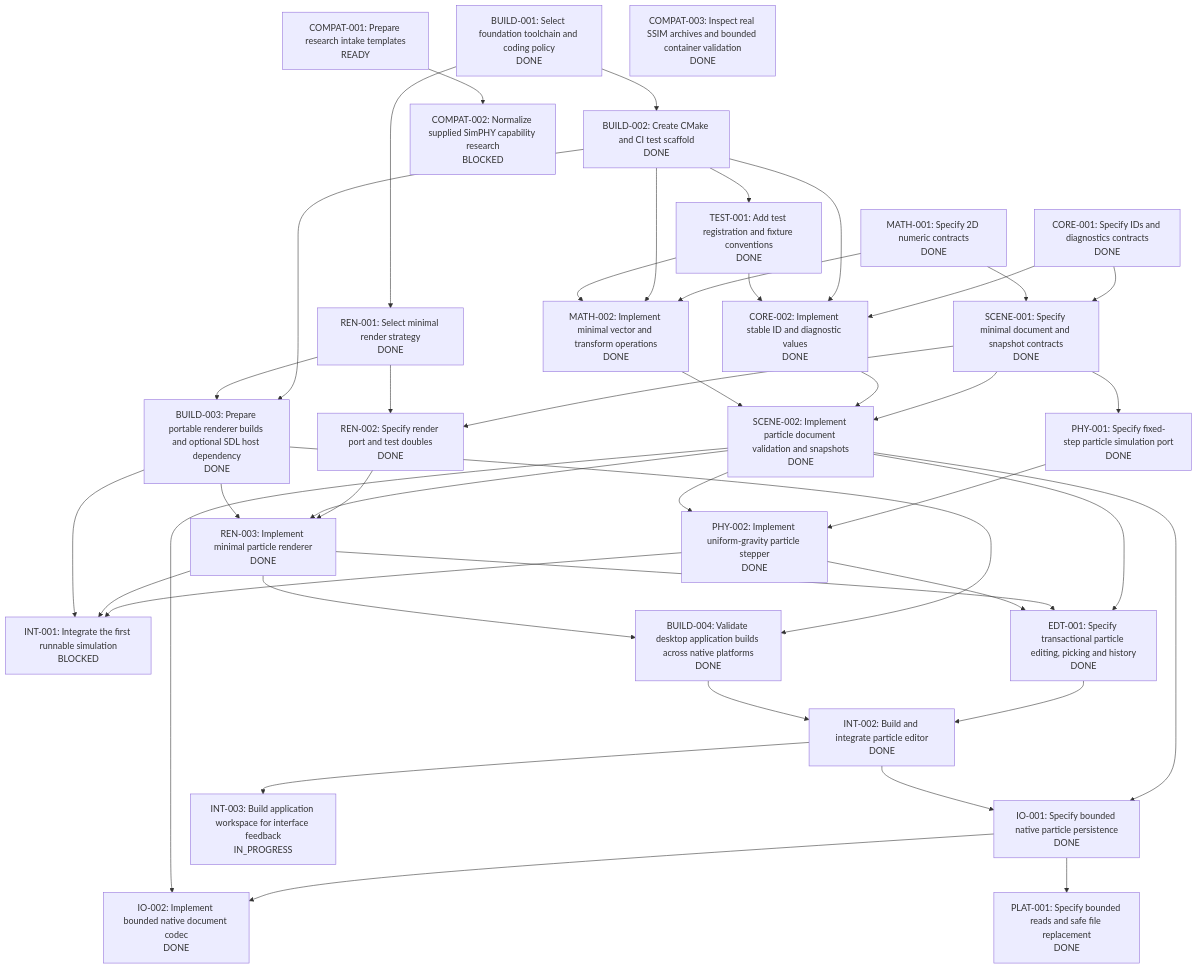
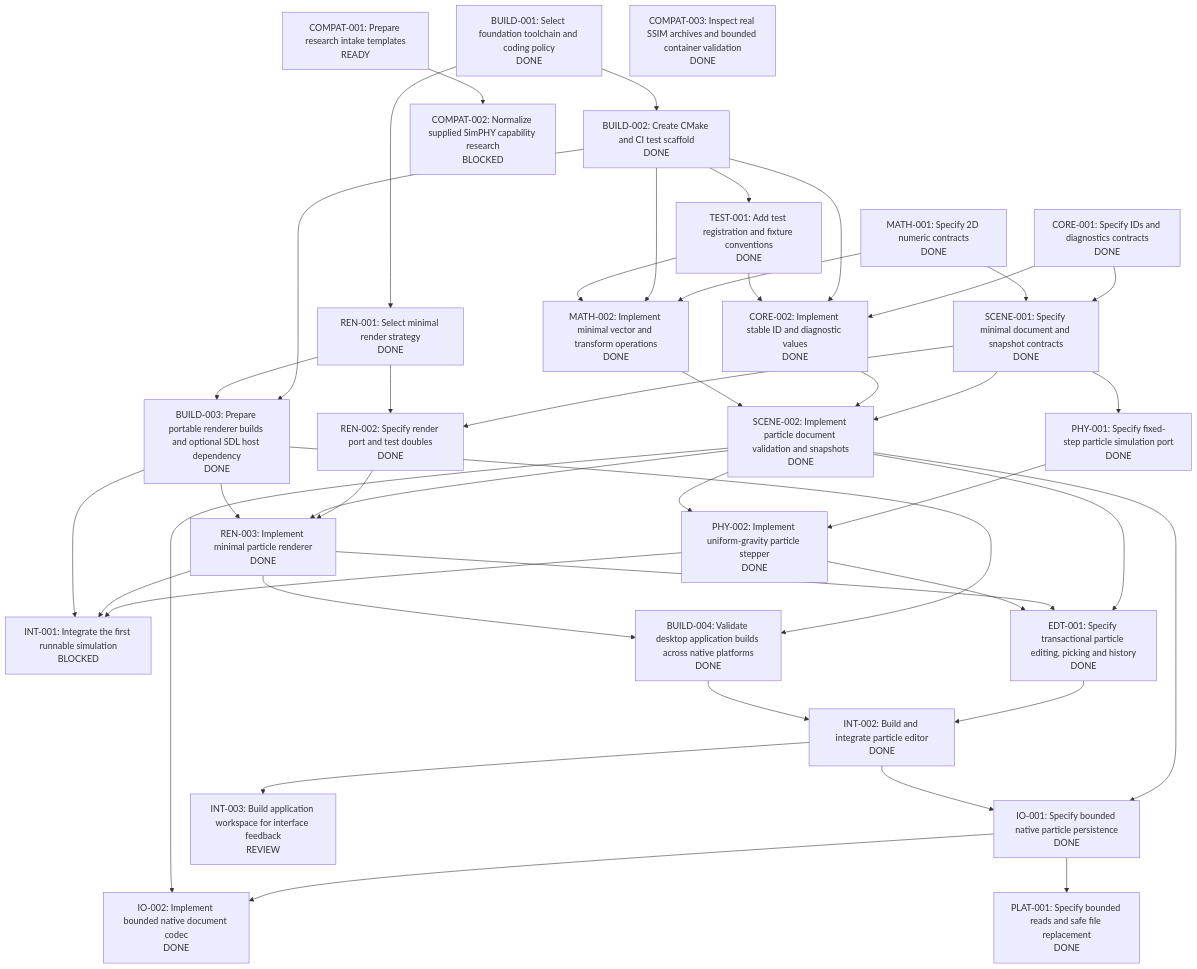
Before and after one commit to JnJarvis/open-simphy: the diagram in tasks/graph.md, drawn with Mermaid. The commit also changed other lines of this file and 2 other files, not shown here.

Commit message:
Submit verified application workspace for review

````diff
--- a/tasks/graph.md
+++ b/tasks/graph.md
@@ -10,70 +10,70 @@
 ```mermaid
 flowchart TD
   BUILD_001["BUILD-001: Select foundation toolchain and coding policy<br/>DONE"]
   CORE_001["CORE-001: Specify IDs and diagnostics contracts<br/>DONE"]
   MATH_001["MATH-001: Specify 2D numeric contracts<br/>DONE"]
   REN_001["REN-001: Select minimal render strategy<br/>DONE"]
   COMPAT_001["COMPAT-001: Prepare research intake templates<br/>READY"]
   BUILD_002["BUILD-002: Create CMake and CI test scaffold<br/>DONE"]
   TEST_001["TEST-001: Add test registration and fixture conventions<br/>DONE"]
   CORE_002["CORE-002: Implement stable ID and diagnostic values<br/>DONE"]
   MATH_002["MATH-002: Implement minimal vector and transform operations<br/>DONE"]
   SCENE_001["SCENE-001: Specify minimal document and snapshot contracts<br/>DONE"]
   PHY_001["PHY-001: Specify fixed-step particle simulation port<br/>DONE"]
   REN_002["REN-002: Specify render port and test doubles<br/>DONE"]
   SCENE_002["SCENE-002: Implement particle document validation and snapshots<br/>DONE"]
   PHY_002["PHY-002: Implement uniform-gravity particle stepper<br/>DONE"]
   REN_003["REN-003: Implement minimal particle renderer<br/>DONE"]
   INT_001["INT-001: Integrate the first runnable simulation<br/>BLOCKED"]
   COMPAT_002["COMPAT-002: Normalize supplied SimPHY capability research<br/>BLOCKED"]
   BUILD_003["BUILD-003: Prepare portable renderer builds and optional SDL host dependency<br/>DONE"]
   BUILD_004["BUILD-004: Validate desktop application builds across native platforms<br/>DONE"]
   EDT_001["EDT-001: Specify transactional particle editing, picking and history<br/>DONE"]
   INT_002["INT-002: Build and integrate particle editor<br/>DONE"]
   IO_001["IO-001: Specify bounded native particle persistence<br/>DONE"]
   IO_002["IO-002: Implement bounded native document codec<br/>DONE"]
   PLAT_001["PLAT-001: Specify bounded reads and safe file replacement<br/>DONE"]
   COMPAT_003["COMPAT-003: Inspect real SSIM archives and bounded container validation<br/>DONE"]
-  INT_003["INT-003: Build application workspace for interface feedback<br/>IN_PROGRESS"]
+  INT_003["INT-003: Build application workspace for interface feedback<br/>REVIEW"]
   BUILD_001 --> REN_001
   BUILD_001 --> BUILD_002
   BUILD_002 --> TEST_001
   CORE_001 --> CORE_002
   BUILD_002 --> CORE_002
   TEST_001 --> CORE_002
   MATH_001 --> MATH_002
   BUILD_002 --> MATH_002
   TEST_001 --> MATH_002
   CORE_001 --> SCENE_001
   MATH_001 --> SCENE_001
   SCENE_001 --> PHY_001
   SCENE_001 --> REN_002
   REN_001 --> REN_002
   SCENE_001 --> SCENE_002
   CORE_002 --> SCENE_002
   MATH_002 --> SCENE_002
   PHY_001 --> PHY_002
   SCENE_002 --> PHY_002
   REN_002 --> REN_003
   SCENE_002 --> REN_003
   BUILD_003 --> REN_003
   PHY_002 --> INT_001
   REN_003 --> INT_001
   BUILD_003 --> INT_001
   COMPAT_001 --> COMPAT_002
   BUILD_002 --> BUILD_003
   REN_001 --> BUILD_003
   BUILD_003 --> BUILD_004
   REN_003 --> BUILD_004
   SCENE_002 --> EDT_001
   REN_003 --> EDT_001
   PHY_002 --> EDT_001
   EDT_001 --> INT_002
   BUILD_004 --> INT_002
   SCENE_002 --> IO_001
   INT_002 --> IO_001
   IO_001 --> IO_002
   SCENE_002 --> IO_002
   IO_001 --> PLAT_001
   INT_002 --> INT_003
 ```
````
